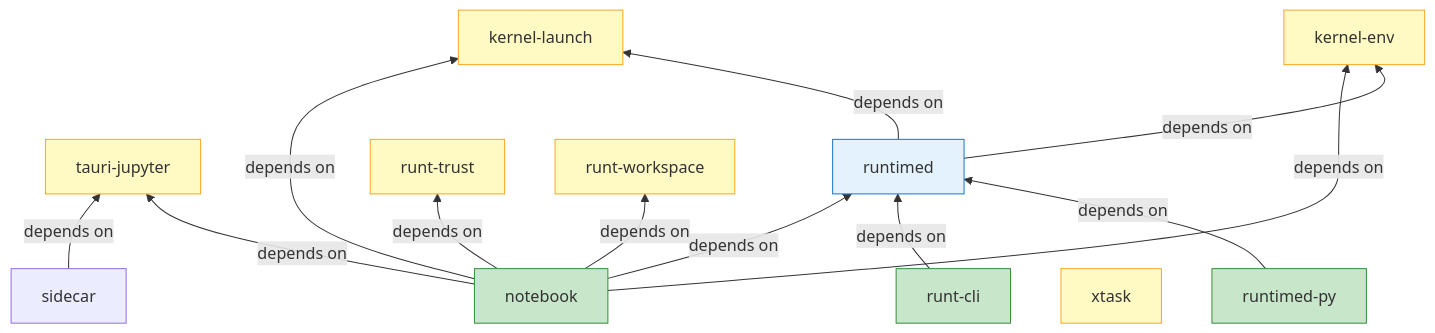
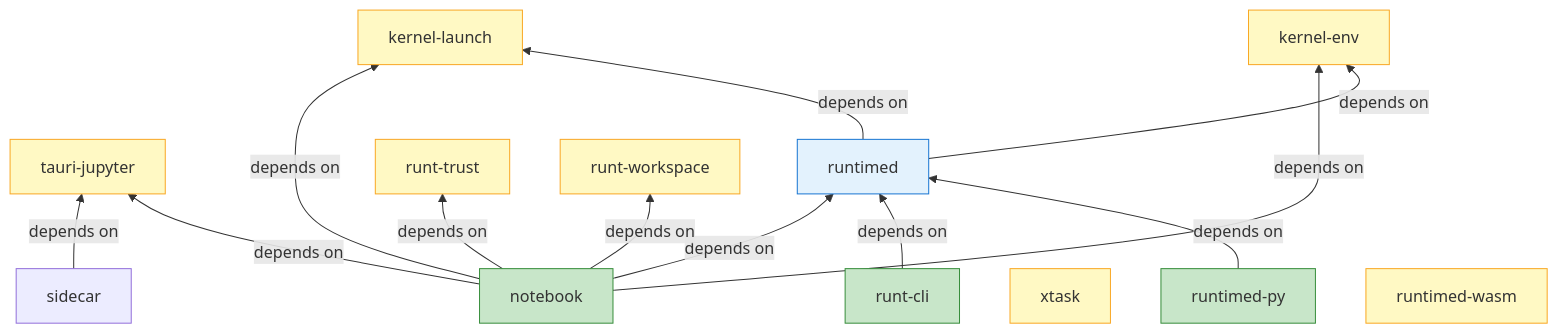
One commit to nteract/desktop changed the third of 3 diagrams in contributing/build-dependencies.md. Above: the diagram before and after it, drawn with Mermaid. The commit also changed other lines of this file and 11 other files, not shown here.

First line of the commit message:
docs: post-migration audit — update all docs for local-first Automerge architecture

````diff
--- a/contributing/build-dependencies.md
+++ b/contributing/build-dependencies.md
@@ -92,35 +95,36 @@
 ```mermaid
 graph BT
     TJ["tauri-jupyter"]
     RD["runtimed"]
     SC["sidecar"]
     RC["runt-cli"]
     NB["notebook"]
     XT["xtask"]
     KL["kernel-launch"]
     KE["kernel-env"]
     RT["runt-trust"]
     RW["runt-workspace"]
     RDPY["runtimed-py"]
+    RWASM["runtimed-wasm"]
 
     SC -->|"depends on"| TJ
     NB -->|"depends on"| TJ
     NB -->|"depends on"| RD
     NB -->|"depends on"| KL
     NB -->|"depends on"| KE
     NB -->|"depends on"| RT
     NB -->|"depends on"| RW
     RC -->|"depends on"| RD
     RD -->|"depends on"| KL
     RD -->|"depends on"| KE
     RDPY -->|"depends on"| RD
 
     classDef standalone fill:#fff9c4,stroke:#f9a825
     classDef leaf fill:#c8e6c9,stroke:#388e3c
     classDef shared fill:#e3f2fd,stroke:#1976d2
 
-    class TJ,KL,KE,RT,RW standalone
+    class TJ,KL,KE,RT,RW,RWASM standalone
     class XT standalone
     class NB,RC,RDPY leaf
     class RD shared
 ```
````
